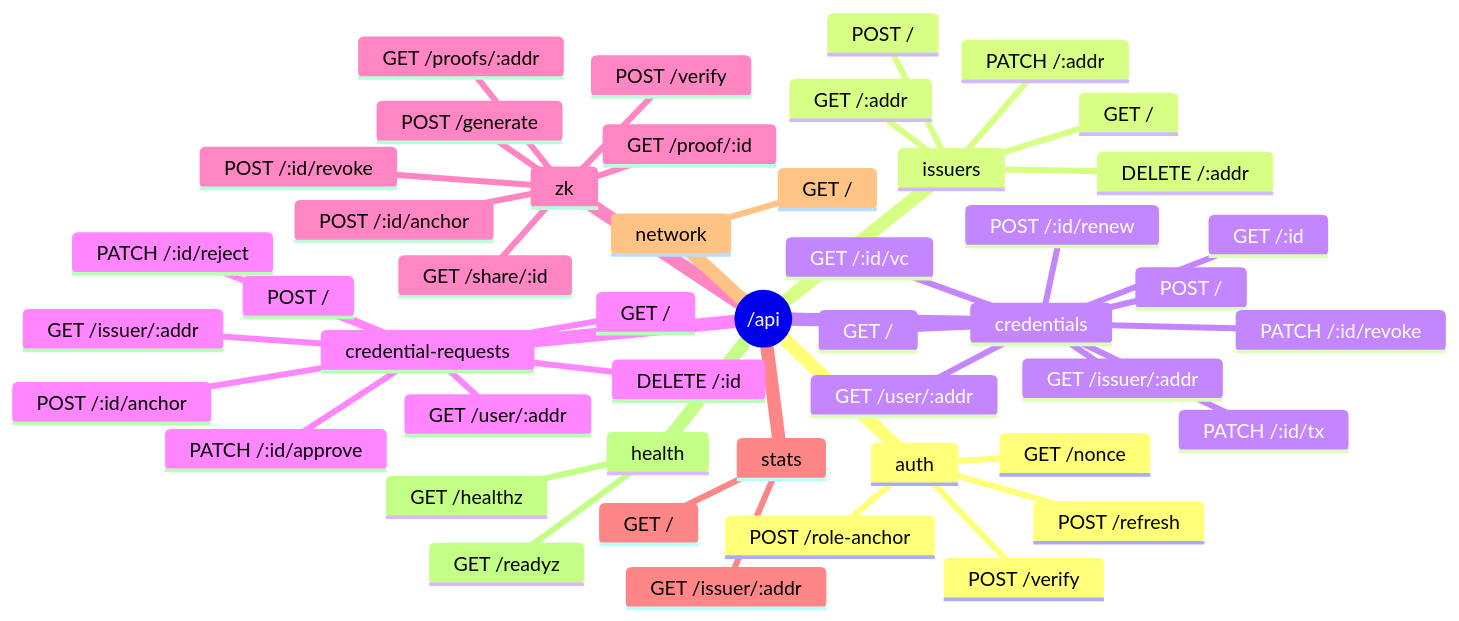
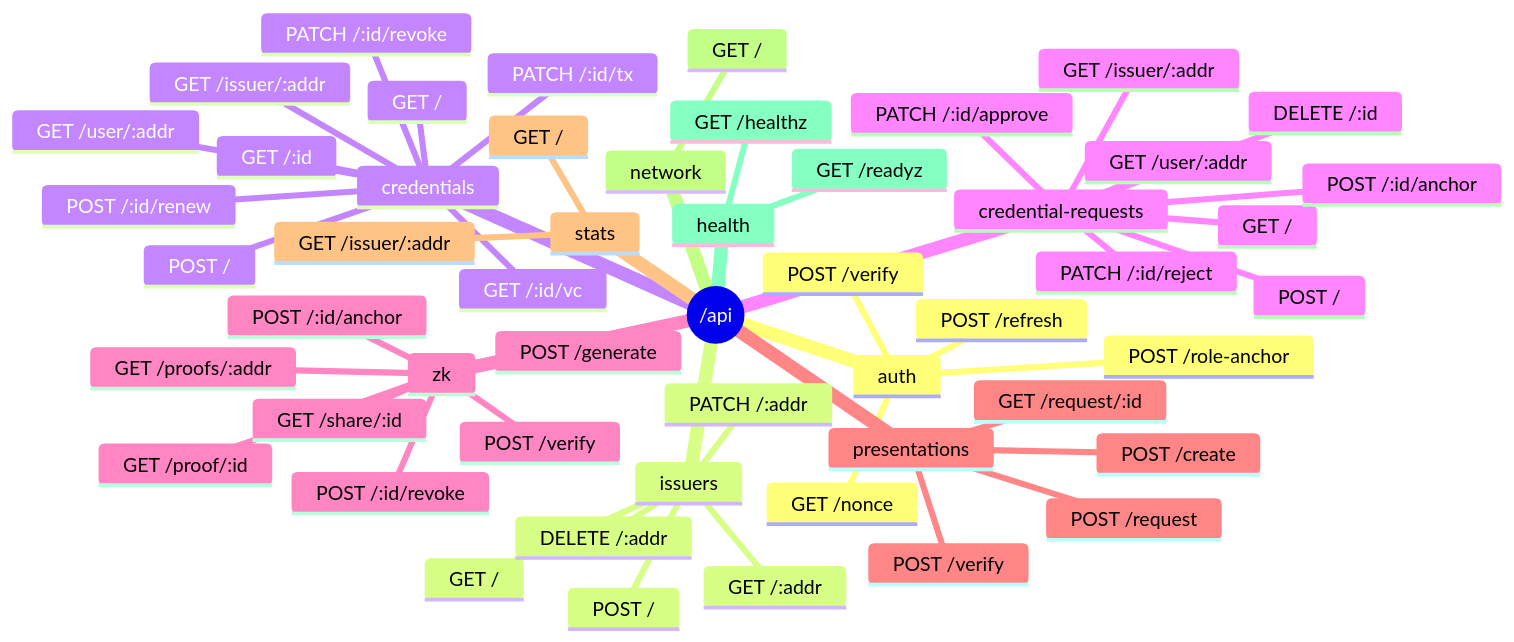
One commit to nishant-uxs/krydo-next changed diagram 21 of 27 in DOCUMENTATION.md. Above: the diagram before and after it, drawn with Mermaid. The commit also changed other lines of this file and 127 other files, not shown here.

````diff
--- a/DOCUMENTATION.md
+++ b/DOCUMENTATION.md
@@ -703,50 +704,55 @@
 ```mermaid
 mindmap
   root((/api))
     auth
       GET /nonce
       POST /verify
       POST /refresh
       POST /role-anchor
     issuers
       GET /
       GET /:addr
       POST /
       PATCH /:addr
       DELETE /:addr
     credentials
       GET /
       GET /user/:addr
       GET /issuer/:addr
       GET /:id
       POST /
       PATCH /:id/tx
       PATCH /:id/revoke
       POST /:id/renew
       GET /:id/vc
     credential-requests
       GET /
       GET /user/:addr
       GET /issuer/:addr
       POST /
       PATCH /:id/approve
       PATCH /:id/reject
       POST /:id/anchor
       DELETE /:id
     zk
       GET /proofs/:addr
       GET /proof/:id
       POST /generate
       POST /verify
       POST /:id/anchor
       POST /:id/revoke
       GET /share/:id
+    presentations
+      POST /request
+      GET /request/:id
+      POST /create
+      POST /verify
     stats
       GET /
       GET /issuer/:addr
     network
       GET /
     health
       GET /healthz
       GET /readyz
 ```
````
